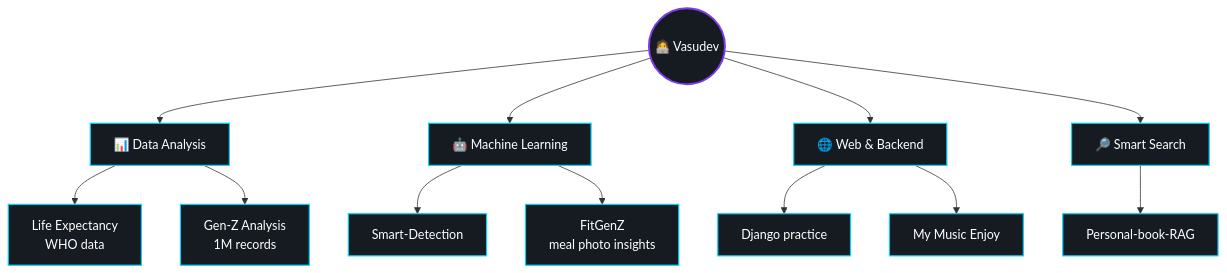
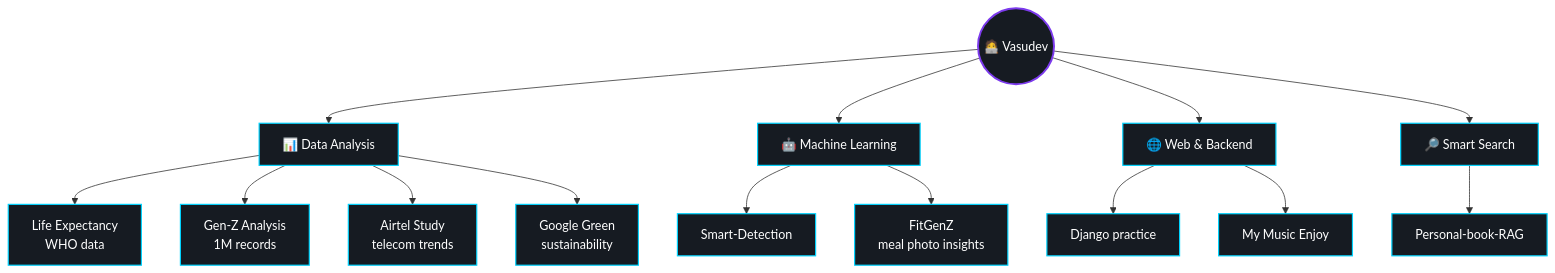
Before and after one commit to vasudev-talaviya/vasudev-talaviya: the third of 3 diagrams in README.md, drawn with Mermaid. The commit also changed other lines of this file, not shown here.

````diff
--- a/README.md
+++ b/README.md
@@ -220,21 +252,23 @@
 ```mermaid
 flowchart TB
     ME((🧑‍💻 Vasudev))
     ME --> D[📊 Data Analysis]
     ME --> M[🤖 Machine Learning]
     ME --> W[🌐 Web & Backend]
     ME --> S[🔎 Smart Search]
 
     D --> D1[Life Expectancy<br/>WHO data]
     D --> D2[Gen-Z Analysis<br/>1M records]
+    D --> D3[Airtel Study<br/>telecom trends]
+    D --> D4[Google Green<br/>sustainability]
     M --> M1[Smart-Detection]
     M --> M2[FitGenZ<br/>meal photo insights]
     W --> W1[Django practice]
     W --> W2[My Music Enjoy]
     S --> S1[Personal-book-RAG]
 
     classDef root fill:#161b22,stroke:#7C3AED,stroke-width:2.5px,color:#ffffff;
     classDef branch fill:#161b22,stroke:#00D4FF,stroke-width:1.5px,color:#ffffff;
     class ME root;
-    class D,M,W,S,D1,D2,M1,M2,W1,W2,S1 branch;
+    class D,M,W,S,D1,D2,D3,D4,M1,M2,W1,W2,S1 branch;
 ```
````
